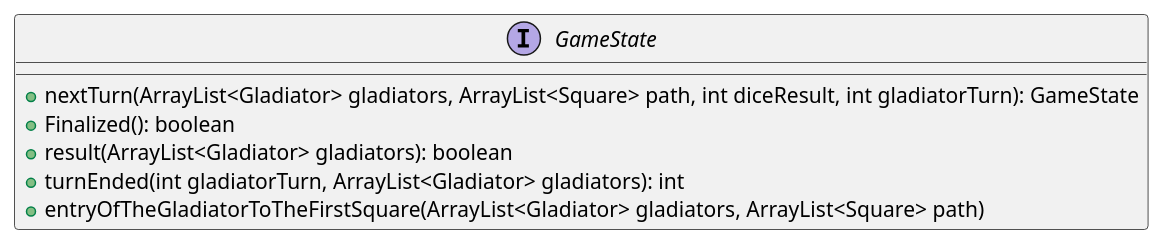
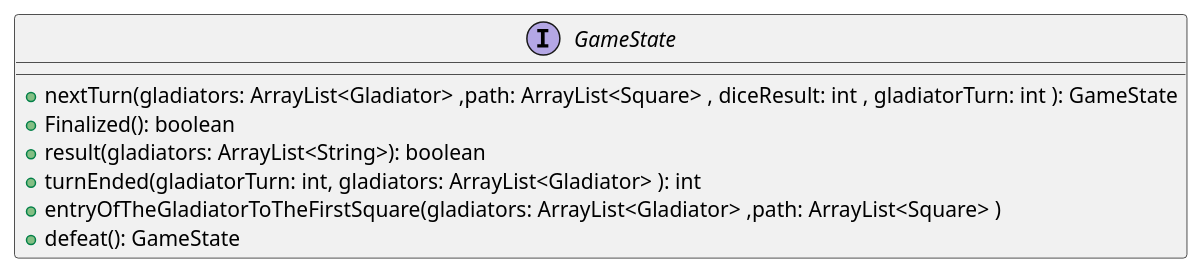
Before and after one commit to PabloGCH/tp2-algo3: the diagram in diagrams/classes/game/GameState.plantuml, drawn with PlantUML. The commit also changed 66 other files, not shown here.

```diff
--- a/diagrams/classes/game/GameState.plantuml
+++ b/diagrams/classes/game/GameState.plantuml
@@ -1,9 +1,10 @@
 @startuml
 interface GameState {
-    +nextTurn(ArrayList<Gladiator> gladiators, ArrayList<Square> path, int diceResult, int gladiatorTurn): GameState
+    +nextTurn(gladiators: ArrayList<Gladiator> ,path: ArrayList<Square> , diceResult: int , gladiatorTurn: int ): GameState
     +Finalized(): boolean
-    +result(ArrayList<Gladiator> gladiators): boolean
-    +turnEnded(int gladiatorTurn, ArrayList<Gladiator> gladiators): int
-    +entryOfTheGladiatorToTheFirstSquare(ArrayList<Gladiator> gladiators, ArrayList<Square> path)
+    +result(gladiators: ArrayList<String>): boolean
+    +turnEnded(gladiatorTurn: int, gladiators: ArrayList<Gladiator> ): int
+    +entryOfTheGladiatorToTheFirstSquare(gladiators: ArrayList<Gladiator> ,path: ArrayList<Square> )
+    +defeat(): GameState
 }
 @enduml
```
